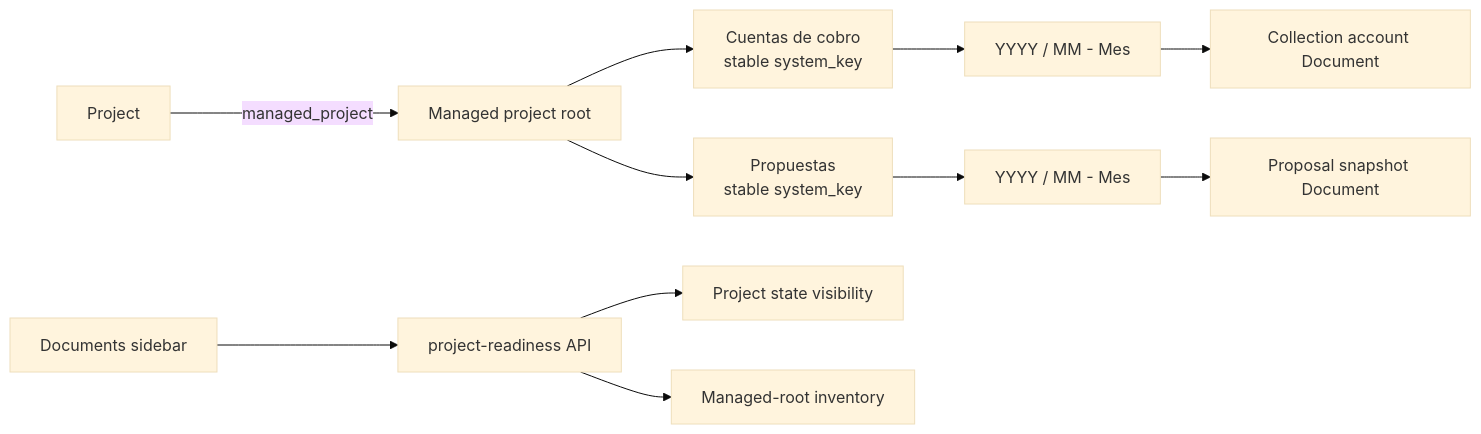
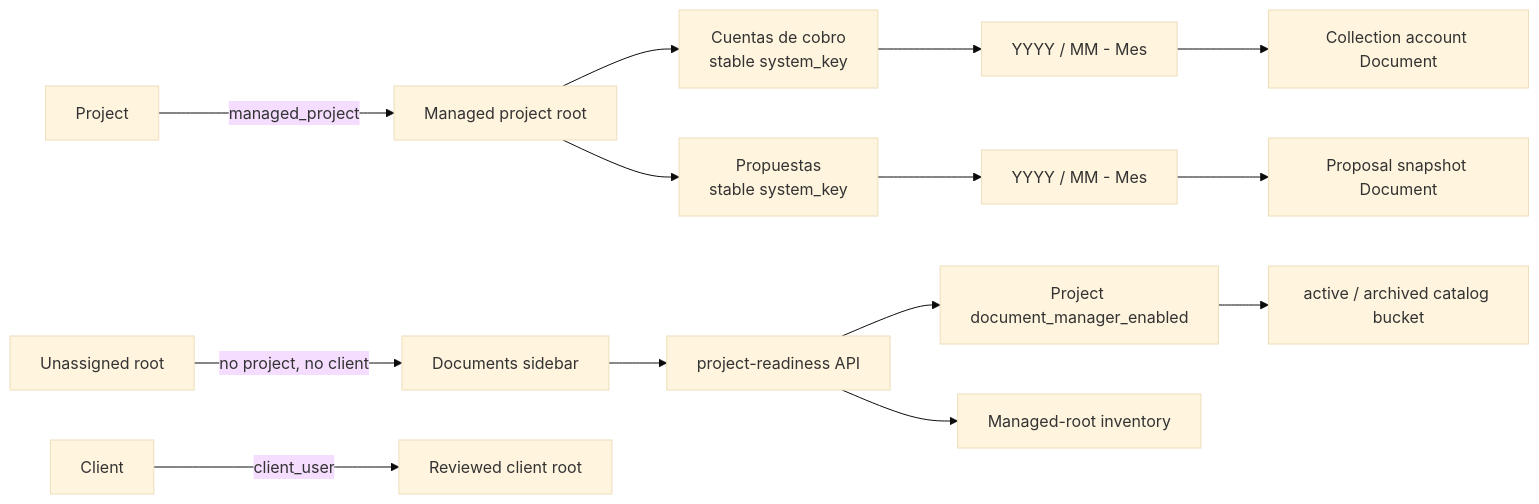
The sixth of 22 diagrams in docs/methodology/architecture.md (gustavop-dev/projectapp), drawn with Mermaid (base theme) before and after one commit. The commit also changed other lines of this file and 53 other files, not shown here.

First line of the commit message:
fix: reconcile document manager ownership (#322)

````diff
--- a/docs/methodology/architecture.md
+++ b/docs/methodology/architecture.md
@@ -270,14 +270,17 @@
 ```mermaid
 flowchart LR
     Project[Project] -->|managed_project| Root[Managed project root]
     Root --> Accounts[Cuentas de cobro\nstable system_key]
     Root --> Proposals[Propuestas\nstable system_key]
     Accounts --> AccountDate[YYYY / MM - Mes]
     Proposals --> ProposalDate[YYYY / MM - Mes]
     AccountDate --> AccountDoc[Collection account Document]
     ProposalDate --> ProposalDoc[Proposal snapshot Document]
 
     Sidebar[Documents sidebar] --> Readiness[project-readiness API]
-    Readiness --> Catalog[Project state visibility]
+    Readiness --> Catalog[Project document_manager_enabled]
+    Catalog --> Lifecycle[active / archived catalog bucket]
     Readiness --> RootInventory[Managed-root inventory]
+    Client[Client] -->|client_user| ClientRoot[Reviewed client root]
+    Unassigned[Unassigned root] -->|no project, no client| Sidebar
 ```
````
